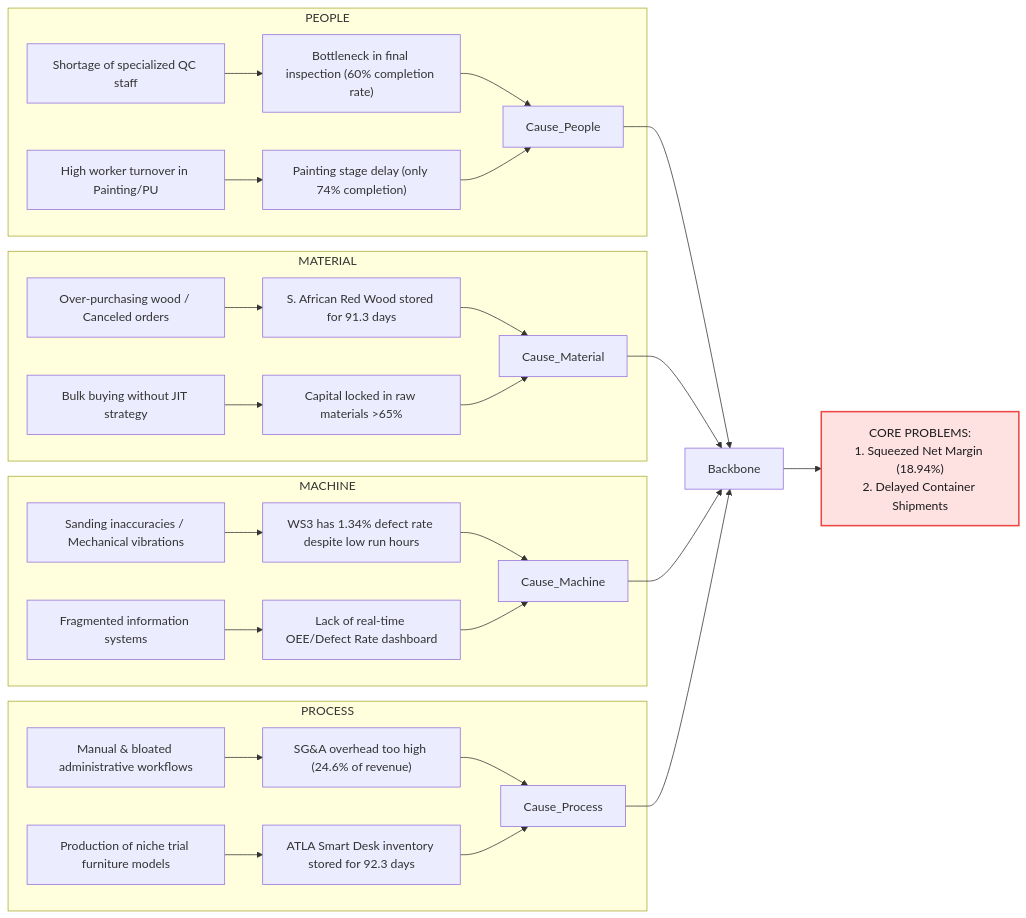
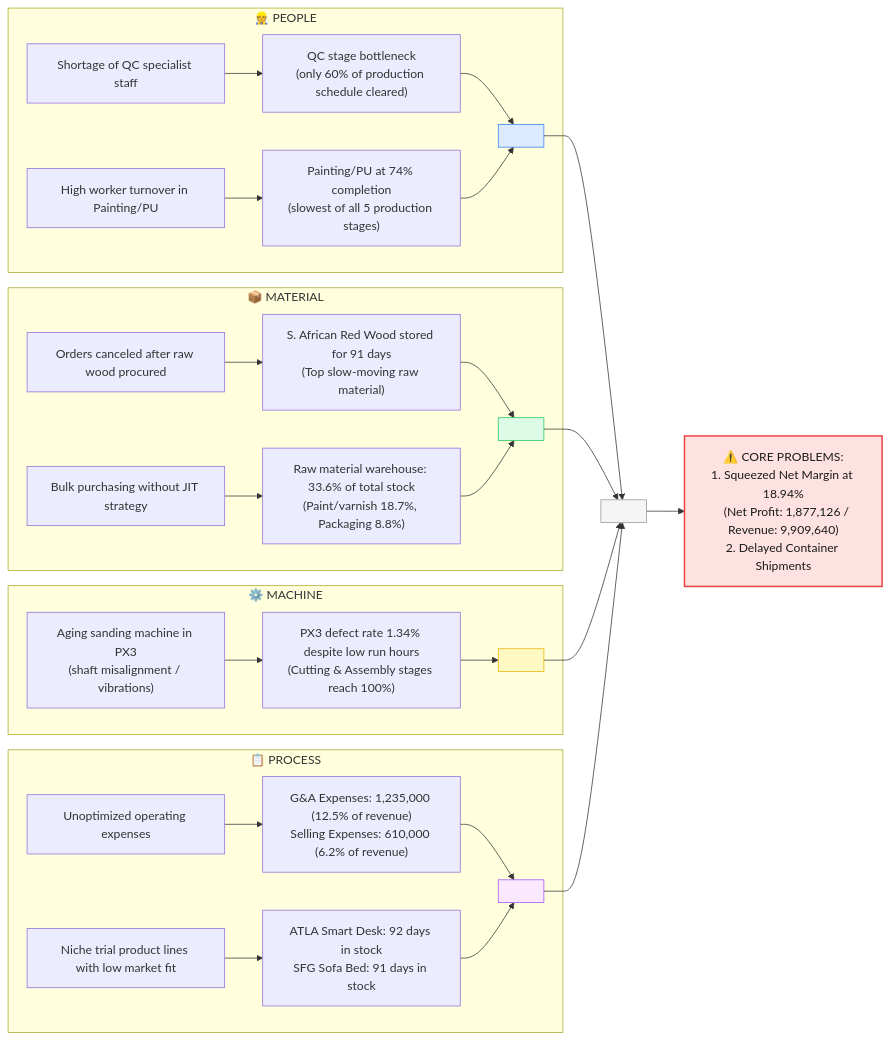
Before and after one commit to BachNguyen2kx/verp-dashboard: the first of 2 diagrams in README.md, drawn with Mermaid. The commit also changed other lines of this file and 1 other file, not shown here.

Commit message:
refactor: rebuild Fishbone diagram & analysis to match actual dashboard data (June 2026 P&L, warehouse pie, slow-moving products)

````diff
--- a/README.md
+++ b/README.md
@@ -87,39 +89,42 @@
 ```mermaid
 graph LR
-    subgraph PEOPLE ["PEOPLE"]
-        P1["Shortage of specialized QC staff"] --> P1_Detail["Bottleneck in final inspection (60% completion rate)"]
-        P2["High worker turnover in Painting/PU"] --> P2_Detail["Painting stage delay (only 74% completion)"]
-        P1_Detail --> Cause_People
+    subgraph PEOPLE ["👷 PEOPLE"]
+        P1["Shortage of QC specialist staff"] --> P1_Detail["QC stage bottleneck<br>(only 60% of production schedule cleared)"]
+        P2["High worker turnover in Painting/PU"] --> P2_Detail["Painting/PU at 74% completion<br>(slowest of all 5 production stages)"]
+        P1_Detail --> Cause_People[" "]
         P2_Detail --> Cause_People
     end
-    
-    subgraph MATERIAL ["MATERIAL"]
-        M1["Over-purchasing wood / Canceled orders"] --> M1_Detail["S. African Red Wood stored for 91.3 days"]
-        M2["Bulk buying without JIT strategy"] --> M2_Detail["Capital locked in raw materials >65%"]
-        M1_Detail --> Cause_Material
+
+    subgraph MATERIAL ["📦 MATERIAL"]
+        M1["Orders canceled after raw wood procured"] --> M1_Detail["S. African Red Wood stored for 91 days<br>(Top slow-moving raw material)"]
+        M2["Bulk purchasing without JIT strategy"] --> M2_Detail["Raw material warehouse: 33.6% of total stock<br>(Paint/varnish 18.7%, Packaging 8.8%)"]
+        M1_Detail --> Cause_Material[" "]
         M2_Detail --> Cause_Material
     end
-    
-    subgraph MACHINE ["MACHINE"]
-        MC1["Sanding inaccuracies / Mechanical vibrations"] --> MC1_Detail["WS3 has 1.34% defect rate despite low run hours"]
-        MC2["Fragmented information systems"] --> MC2_Detail["Lack of real-time OEE/Defect Rate dashboard"]
-        MC1_Detail --> Cause_Machine
-        MC2_Detail --> Cause_Machine
+
+    subgraph MACHINE ["⚙️ MACHINE"]
+        MC1["Aging sanding machine in PX3<br>(shaft misalignment / vibrations)"] --> MC1_Detail["PX3 defect rate 1.34% despite low run hours<br>(Cutting & Assembly stages reach 100%)"]
+        MC1_Detail --> Cause_Machine[" "]
     end
-    
-    subgraph PROCESS ["PROCESS"]
-        PR1["Manual & bloated administrative workflows"] --> PR1_Detail["SG&A overhead too high (24.6% of revenue)"]
-        PR2["Production of niche trial furniture models"] --> PR2_Detail["ATLA Smart Desk inventory stored for 92.3 days"]
-        PR1_Detail --> Cause_Process
+
+    subgraph PROCESS ["📋 PROCESS"]
+        PR1["Unoptimized operating expenses"] --> PR1_Detail["G&A Expenses: 1,235,000 (12.5% of revenue)<br>Selling Expenses: 610,000 (6.2% of revenue)"]
+        PR2["Niche trial product lines with low market fit"] --> PR2_Detail["ATLA Smart Desk: 92 days in stock<br>SFG Sofa Bed: 91 days in stock"]
+        PR1_Detail --> Cause_Process[" "]
         PR2_Detail --> Cause_Process
     end
 
-    Cause_People --> Backbone
+    Cause_People --> Backbone[" "]
     Cause_Material --> Backbone
     Cause_Machine --> Backbone
     Cause_Process --> Backbone
-    
-    Backbone --> Problem["CORE PROBLEMS:<br>1. Squeezed Net Margin (18.94%)<br>2. Delayed Container Shipments"]
-    
+
+    Backbone --> Problem["⚠️ CORE PROBLEMS:<br>1. Squeezed Net Margin at 18.94%<br>   (Net Profit: 1,877,126 / Revenue: 9,909,640)<br>2. Delayed Container Shipments"]
+
     style Problem fill:#fee2e2,stroke:#ef4444,stroke-width:2px,color:#1a1a1a;
+    style Backbone fill:#f5f5f5,stroke:#999,color:#f5f5f5;
+    style Cause_People fill:#dbeafe,stroke:#3b82f6,color:#dbeafe;
+    style Cause_Material fill:#dcfce7,stroke:#22c55e,color:#dcfce7;
+    style Cause_Machine fill:#fef9c3,stroke:#eab308,color:#fef9c3;
+    style Cause_Process fill:#fae8ff,stroke:#a855f7,color:#fae8ff;
 ```
````
